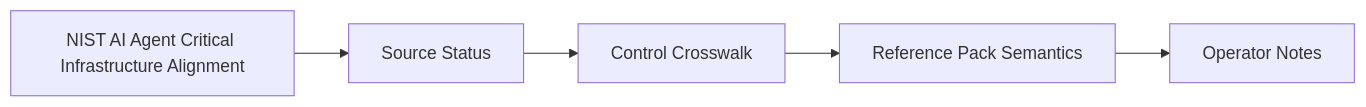
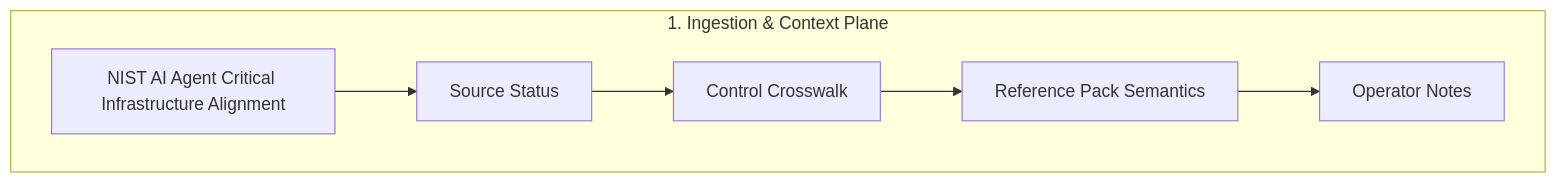
Before and after one commit to Mindburn-Labs/helm-ai-kernel: the diagram in docs/compliance/nist-ai-agent-critical-infrastructure.md, drawn with Mermaid. The commit also changed other lines of this file and 330 other files, not shown here.

````diff
--- a/docs/compliance/nist-ai-agent-critical-infrastructure.md
+++ b/docs/compliance/nist-ai-agent-critical-infrastructure.md
@@ -37,12 +37,18 @@
 ```mermaid
-flowchart LR
-  Page["NIST AI Agent Critical Infrastructure Alignment"]
-  A["Source Status"]
-  B["Control Crosswalk"]
-  C["Reference Pack Semantics"]
-  D["Operator Notes"]
-  Page --> A
-  A --> B
-  B --> C
-  C --> D
+flowchart TD
+    subgraph Ingestion["1. Ingestion & Context Plane"]
+        Page["NIST AI Agent Critical Infrastructure Alignment"]
+        A["Source Status"]
+        B["Control Crosswalk"]
+        C["Reference Pack Semantics"]
+        D["Operator Notes"]
+    end
+
+    %% Operational Flow Edges
+    Page --> A
+    A --> B
+    B --> C
+    C --> D
+
+    %% Premium Styling Rules
 ```
````
